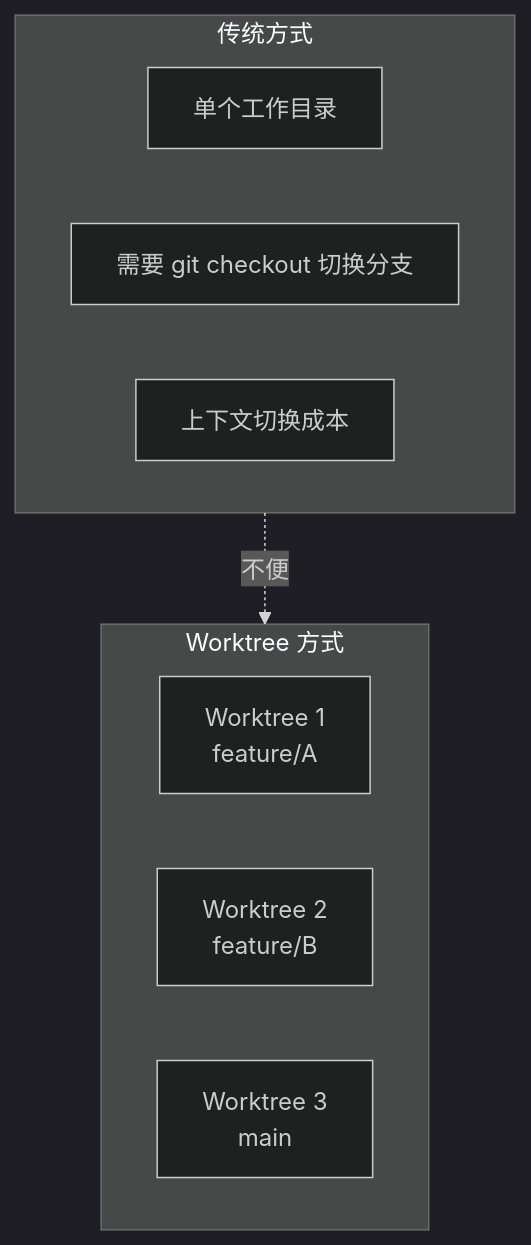
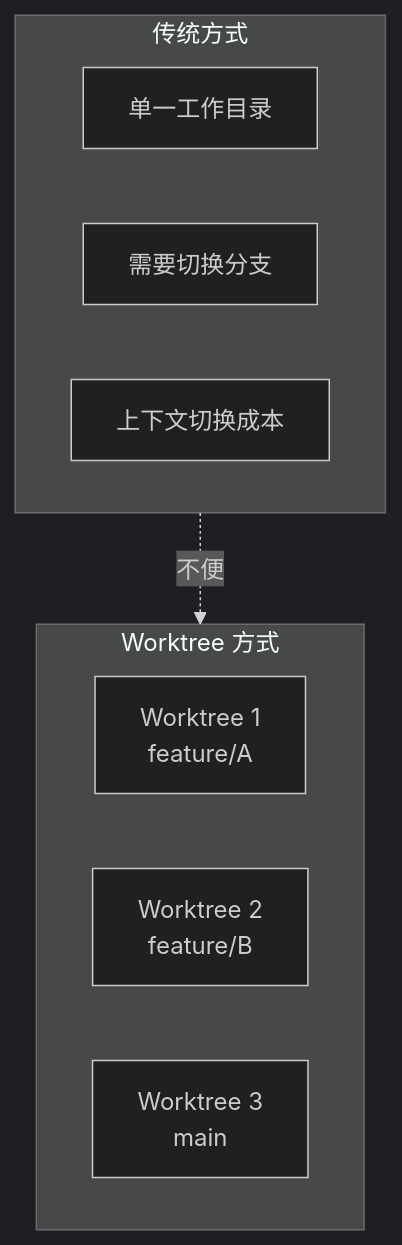
One commit to modu-ai/moai-adk changed the first of 10 diagrams in docs-site/content/zh/worktree/guide.md. Above: the diagram before and after it, drawn with Mermaid (dark theme). The commit also changed other lines of this file and 395 other files, not shown here.

````diff
--- a/docs-site/content/zh/worktree/guide.md
+++ b/docs-site/content/zh/worktree/guide.md
@@ -25,16 +28,16 @@
 ```mermaid
-flowchart TD
+graph TB
     subgraph Traditional["传统方式"]
-        T1[单个工作目录]
-        T2[需要 git checkout 切换分支]
+        T1[单一工作目录]
+        T2[需要切换分支]
         T3[上下文切换成本]
     end
 
     subgraph Worktree["Worktree 方式"]
         W1[Worktree 1<br/>feature/A]
         W2[Worktree 2<br/>feature/B]
         W3[Worktree 3<br/>main]
     end
 
     Traditional -.->|不便| Worktree
 ```
````
